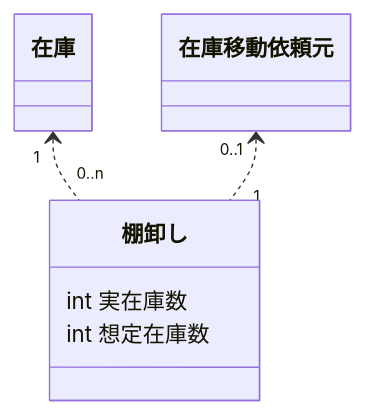
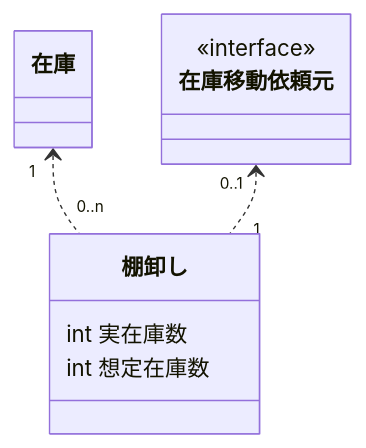
Before and after one commit to motojouya/zenn: the seventh of 8 diagrams in articles/write_uml_for_ddd.md, drawn with Mermaid. The commit also changed other lines of this file, not shown here.

Commit message:
write uml

````diff
--- a/articles/write_uml_for_ddd.md
+++ b/articles/write_uml_for_ddd.md
@@ -336,9 +338,13 @@
 ```mermaid
 classDiagram
+  class 在庫移動依頼元 {
+    <<interface>>
+  }
+
   class 棚卸し {
     int 実在庫数
     int 想定在庫数
   }
   在庫 "1" <.. "0..n" 棚卸し
   在庫移動依頼元 "0..1" <.. "1" 棚卸し
 ```
````
